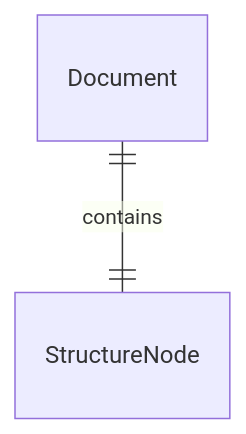
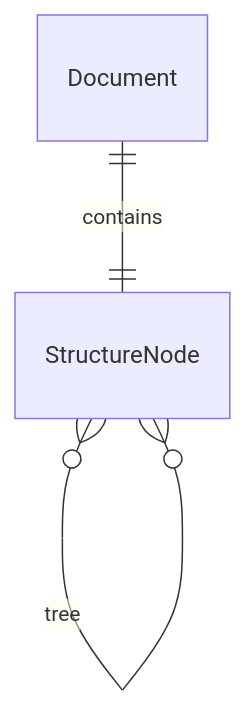
Before and after one commit to EncyclopediaGalactica/EncyclopediaGalactica: the diagram in Docs/docs/domain/document.md, drawn with Mermaid. The commit also changed other lines of this file and 40 other files, not shown here.

````diff
--- a/Docs/docs/domain/document.md
+++ b/Docs/docs/domain/document.md
@@ -49,4 +63,5 @@
 ```mermaid
 erDiagram
     Document || -- || StructureNode: contains
+    StructureNode }o -- o{ StructureNode: tree
 ```
````
